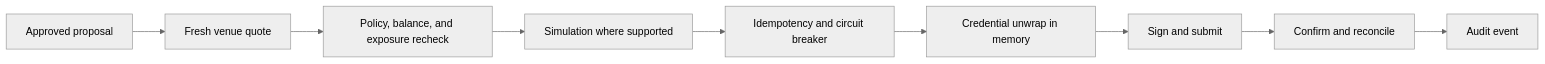
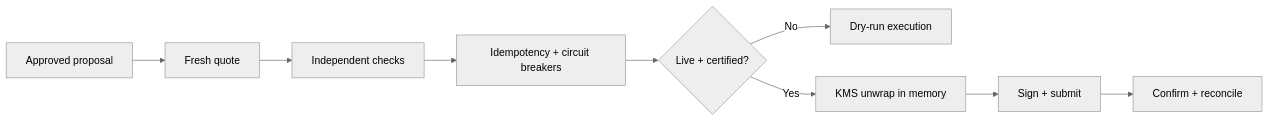
The eighth of 8 diagrams in docs/agentic-backend-architecture.md (malawadd/mowazi), drawn with Mermaid (neutral theme) before and after one commit. The commit also changed other lines of this file and 58 other files, not shown here.

````diff
--- a/docs/agentic-backend-architecture.md
+++ b/docs/agentic-backend-architecture.md
@@ -229,11 +191,11 @@
 ```mermaid
 flowchart LR
-    P[Approved proposal] --> Q[Fresh venue quote]
-    Q --> C[Policy, balance, and exposure recheck]
-    C --> S[Simulation where supported]
-    S --> I[Idempotency and circuit breaker]
-    I --> K[Credential unwrap in memory]
-    K --> O[Sign and submit]
-    O --> R[Confirm and reconcile]
-    R --> A[Audit event]
+    P["Approved proposal"] --> Q["Fresh quote"]
+    Q --> C["Independent checks"]
+    C --> I["Idempotency + circuit breakers"]
+    I --> D{"Live + certified?"}
+    D -->|No| SIM["Dry-run execution"]
+    D -->|Yes| K["KMS unwrap in memory"]
+    K --> S["Sign + submit"]
+    S --> R["Confirm + reconcile"]
 ```
````
